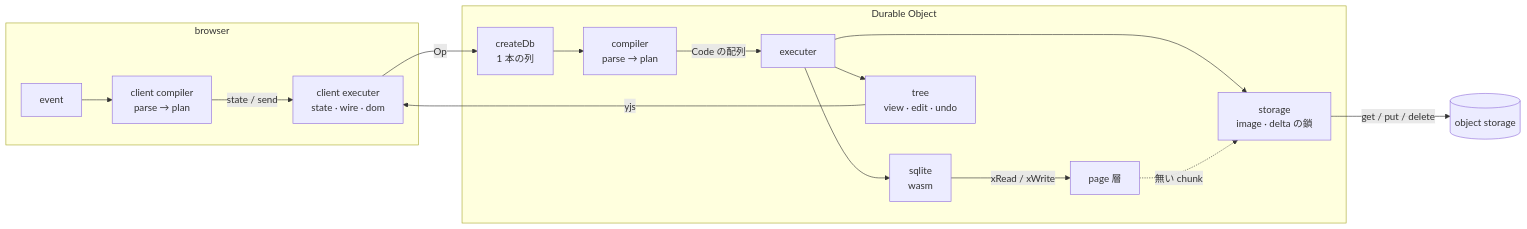
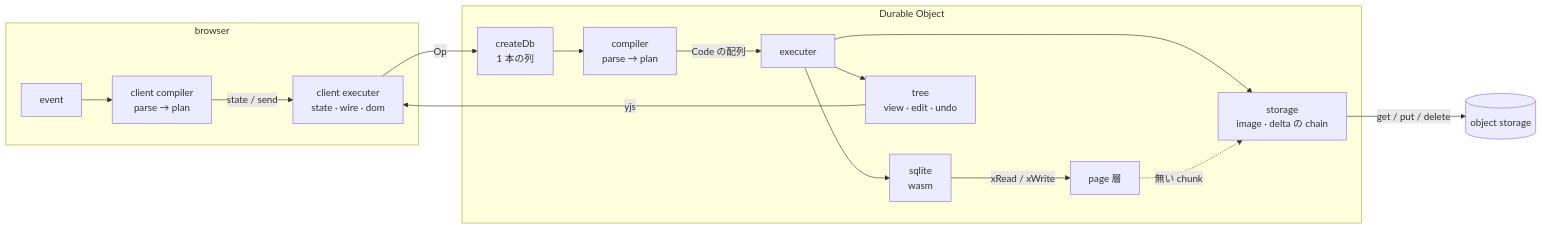
The diagram in .claude/skills/sqlite/SKILL.md (tseijp/cloudflare-r2-sqlite-test), drawn with Mermaid before and after one commit. The commit also changed other lines of this file and 133 other files, not shown here.

````diff
--- a/.claude/skills/sqlite/SKILL.md
+++ b/.claude/skills/sqlite/SKILL.md
@@ -27,19 +27,19 @@
 ```mermaid
 flowchart LR
     subgraph browser
         E[event] --> CC[client compiler<br>parse → plan]
         CC -->|state / send| CE[client executer<br>state · wire · dom]
     end
     CE -->|Op| DB
     subgraph DO[Durable Object]
         DB[createDb<br>1 本の列] --> C[compiler<br>parse → plan]
         C -->|Code の配列| X[executer]
         X --> S[sqlite<br>wasm]
         S -->|xRead / xWrite| P[page 層]
         X --> T[tree<br>view · edit · undo]
-        X --> O[storage<br>image · delta の鎖]
+        X --> O[storage<br>image · delta の chain ]
         P -.->|無い chunk| O
     end
     O -->|get / put / delete| R[(object storage)]
     T -->|yjs| CE
 ```
````
